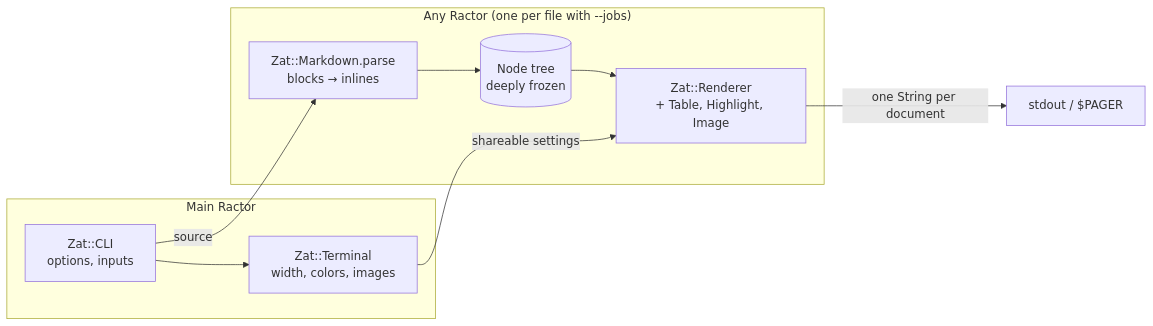
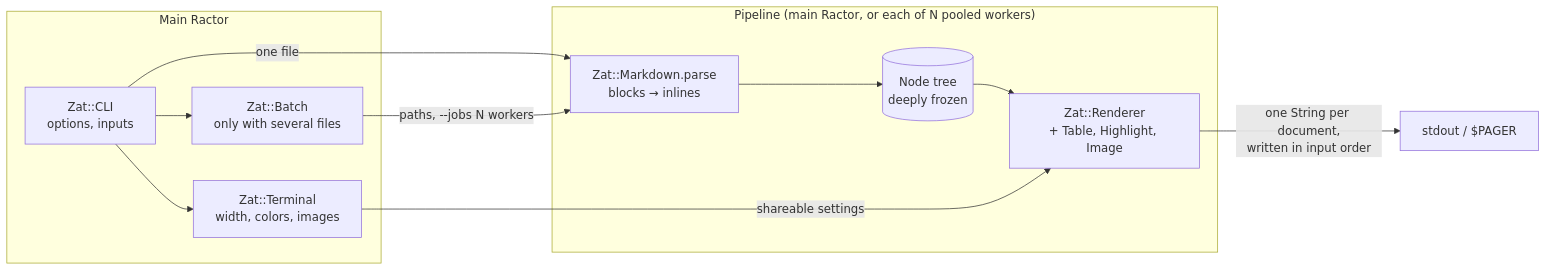
One commit to amalrik/zat changed the diagram in docs/ARCHITECTURE.md. Above: the diagram before and after it, drawn with Mermaid. The commit also changed other lines of this file and 17 other files, not shown here.

First line of the commit message:
Drop kramdown and dump_ast; document Ractors as batch-only with a pool

````diff
--- a/docs/ARCHITECTURE.md
+++ b/docs/ARCHITECTURE.md
@@ -3,13 +3,15 @@
 ```mermaid
 flowchart LR
   subgraph main["Main Ractor"]
     CLI["Zat::CLI<br/>options, inputs"] --> Term["Zat::Terminal<br/>width, colors, images"]
+    CLI --> Batch["Zat::Batch<br/>only with several files"]
   end
-  subgraph worker["Any Ractor (one per file with --jobs)"]
+  subgraph pipeline["Pipeline (main Ractor, or each of N pooled workers)"]
     Parse["Zat::Markdown.parse<br/>blocks → inlines"] --> AST[("Node tree<br/>deeply frozen")]
     AST --> Render["Zat::Renderer<br/>+ Table, Highlight, Image"]
   end
-  CLI -- "source" --> Parse
+  CLI -- "one file" --> Parse
+  Batch -- "paths, --jobs N workers" --> Parse
   Term -- "shareable settings" --> Render
-  Render -- "one String per document" --> Out["stdout / $PAGER"]
+  Render -- "one String per document,<br/>written in input order" --> Out["stdout / $PAGER"]
 ```
````
